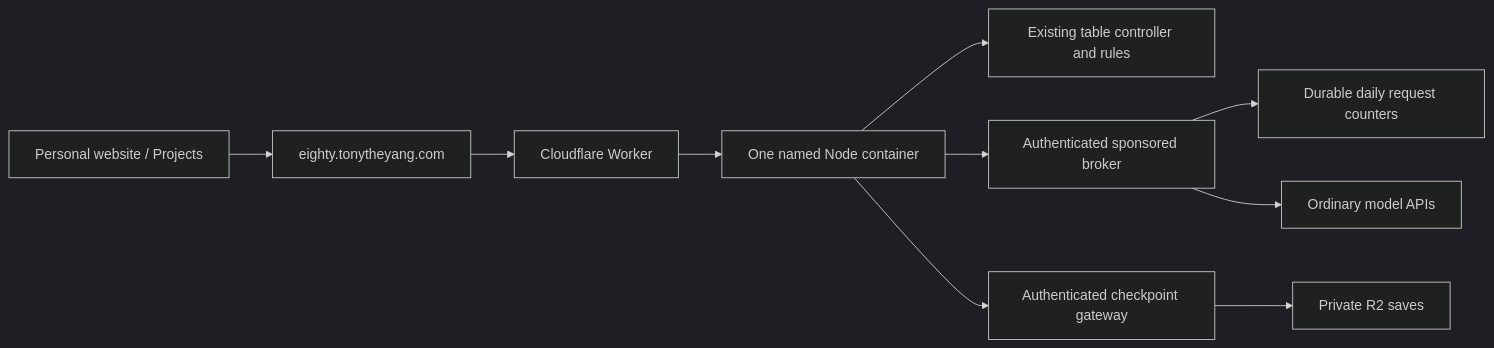
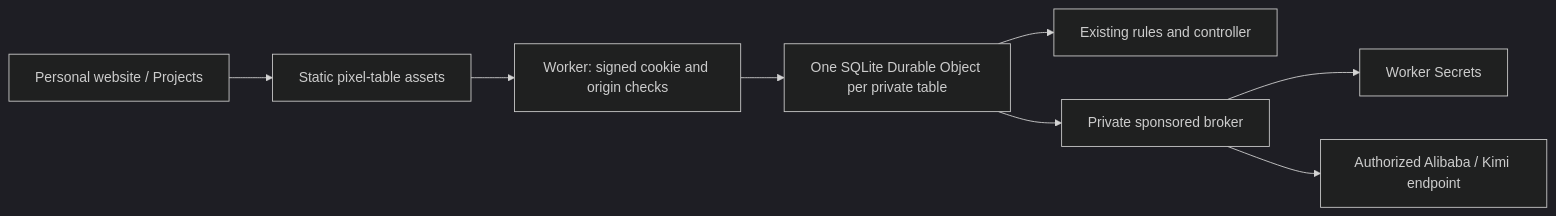
Before and after one commit to tonyyunyang/80-fen-shengji: the diagram in docs/site-edition.md, drawn with Mermaid (dark theme). The commit also changed other lines of this file and 28 other files, not shown here.

Commit message:
Run website edition on Workers Free with private model secrets

````diff
--- a/docs/site-edition.md
+++ b/docs/site-edition.md
@@ -33,12 +44,10 @@
 ```mermaid
 flowchart LR
-  P[Personal website / Projects] --> G[eighty.tonytheyang.com]
-  G --> W[Cloudflare Worker]
-  W --> C[One named Node container]
-  C --> T[Existing table controller and rules]
-  C --> B[Authenticated sponsored broker]
-  B --> Q[Durable daily request counters]
-  B --> A[Ordinary model APIs]
-  C --> S[Authenticated checkpoint gateway]
-  S --> R[Private R2 saves]
+  P[Personal website / Projects] --> A[Static pixel-table assets]
+  A --> W[Worker: signed cookie and origin checks]
+  W --> T[One SQLite Durable Object per private table]
+  T --> E[Existing rules and controller]
+  T --> B[Private sponsored broker]
+  B --> K[Worker Secrets]
+  B --> M[Authorized Alibaba / Kimi endpoint]
 ```
````
